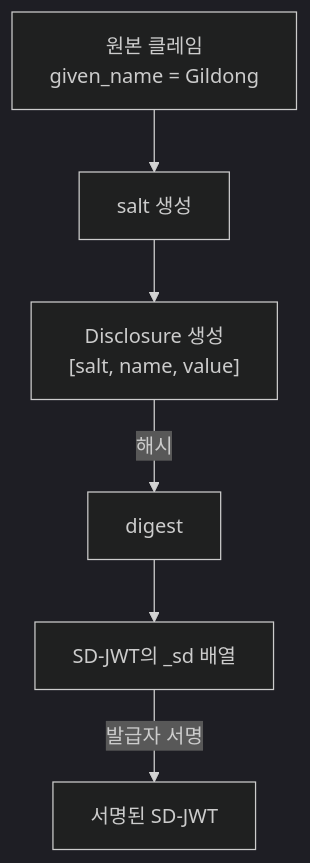
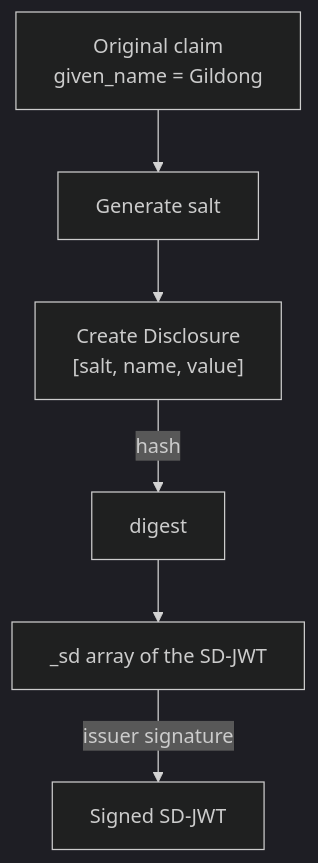
Before and after one commit to OmniOneID/poc-oid4vc: the diagram in docs/concepts/sdjwt/sdjwt_issuance_and_disclosure.md, drawn with Mermaid (dark theme). The commit also changed other lines of this file and 29 other files, not shown here.

````diff
--- a/docs/concepts/sdjwt/sdjwt_issuance_and_disclosure.md
+++ b/docs/concepts/sdjwt/sdjwt_issuance_and_disclosure.md
@@ -34,8 +34,8 @@
 ```mermaid
 flowchart TB
-    C[원본 클레임<br/>given_name = Gildong] --> S[salt 생성]
-    S --> DSC["Disclosure 생성<br/>[salt, name, value]"]
-    DSC -->|해시| DG[digest]
-    DG --> SD[SD-JWT의 _sd 배열]
-    SD -->|발급자 서명| JWT[서명된 SD-JWT]
+    C[Original claim<br/>given_name = Gildong] --> S[Generate salt]
+    S --> DSC["Create Disclosure<br/>[salt, name, value]"]
+    DSC -->|hash| DG[digest]
+    DG --> SD[_sd array of the SD-JWT]
+    SD -->|issuer signature| JWT[Signed SD-JWT]
 ```
````
